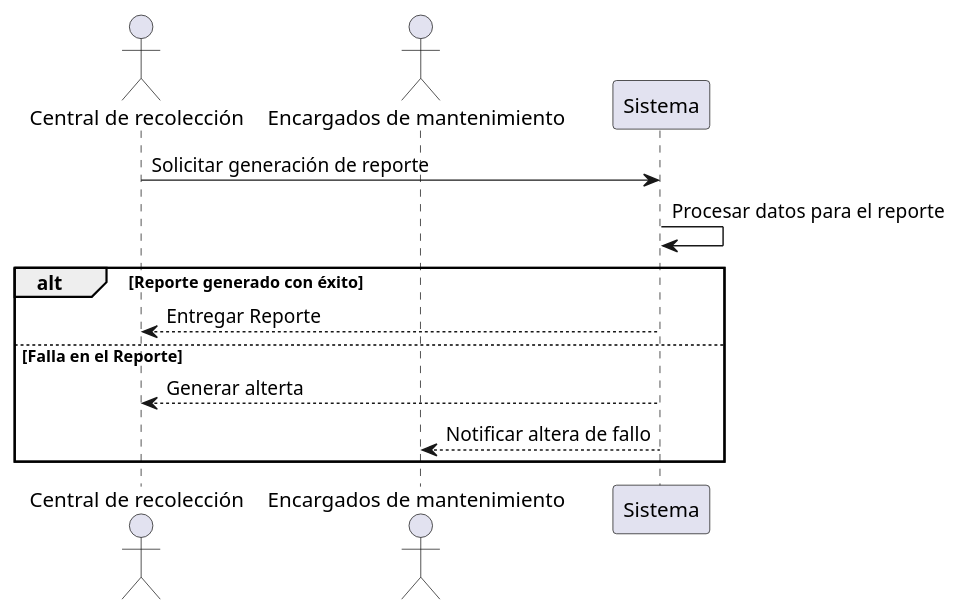
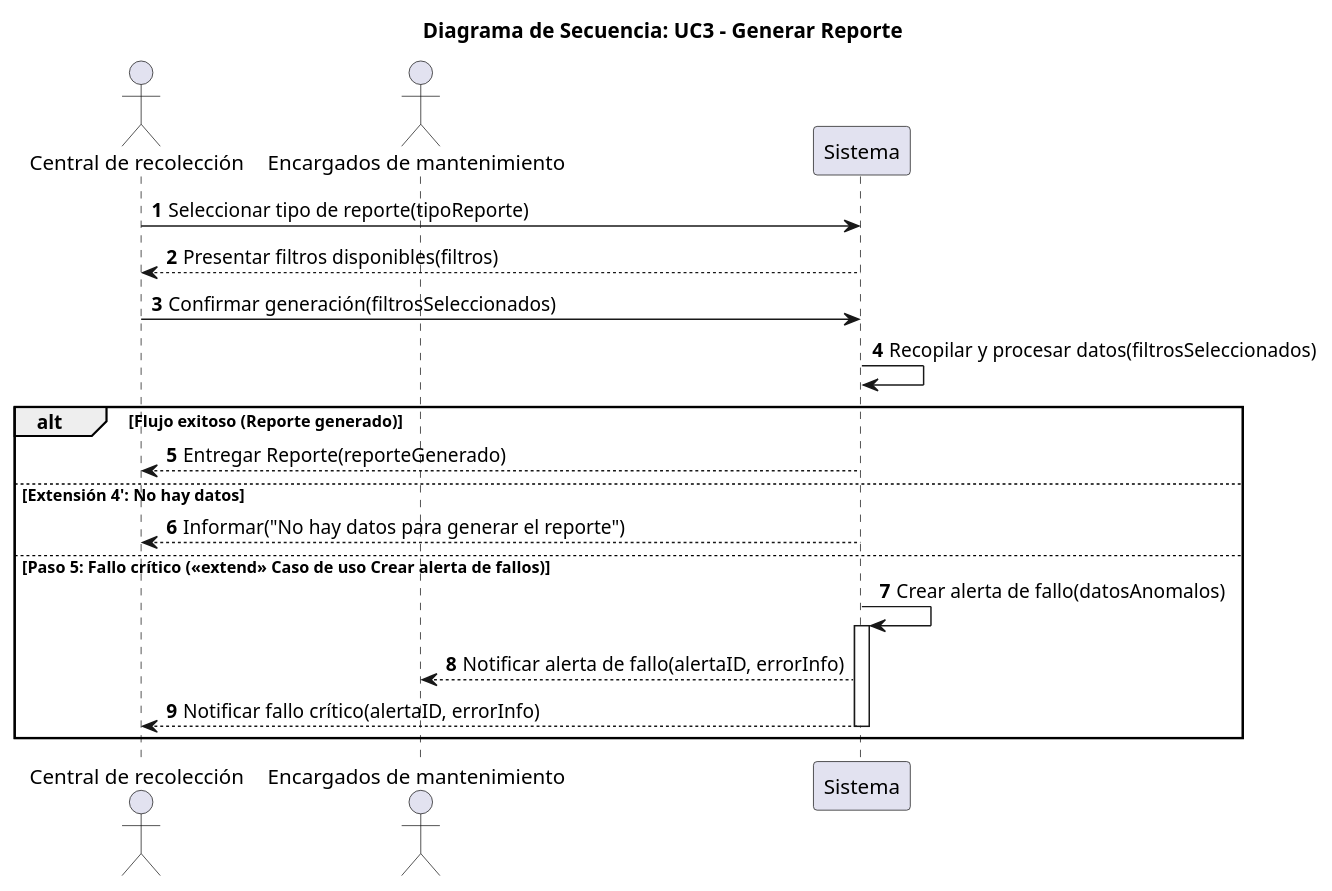
One commit to diss17/proyecto_is1 changed the diagram in 04_ayudantia/US3_Diagrama_Secuencia.puml. Above: the diagram before and after it, drawn with PlantUML. The commit also changed 13 other files, not shown here.

Commit message:
Mejoras de documentacion, casos de uso y diagrama de secuencias.

```diff
--- a/04_ayudantia/US3_Diagrama_Secuencia.puml
+++ b/04_ayudantia/US3_Diagrama_Secuencia.puml
@@ -1,16 +1,42 @@
 @startuml
+' --- Configuración ---
+autonumber
+title "Diagrama de Secuencia: UC3 - Generar Reporte"
 
+' --- Actores y Participantes ---
 actor "Central de recolección" as Central
 actor "Encargados de mantenimiento" as Mantenimiento
-
 participant "Sistema" as Sistema
 
-Central -> Sistema: Solicitar generación de reporte
-Sistema -> Sistema: Procesar datos para el reporte
-alt Reporte generado con éxito
-    Sistema --> Central: Entregar Reporte
-else Falla en el Reporte
-    Sistema --> Central: Generar alterta
-    Sistema --> Mantenimiento: Notificar altera de fallo
+' --- Flujo ---
+
+' 1. El usuario selecciona el tipo de reporte
+Central -> Sistema: Seleccionar tipo de reporte(tipoReporte)
+
+
+' 2. El sistema presenta los filtros
+Sistema --> Central: Presentar filtros disponibles(filtros)
+
+' 3. El usuario confirma la generación
+Central -> Sistema: Confirmar generación(filtrosSeleccionados)
+
+' 4. El sistema recopila los datos
+Sistema -> Sistema: Recopilar y procesar datos(filtrosSeleccionados)
+
+' Aquí se manejan los 3 posibles resultados del procesamiento
+alt Flujo exitoso (Reporte generado)
+    ' 4. ...y los presenta
+    Sistema --> Central: Entregar Reporte(reporteGenerado)
+else Extensión 4': No hay datos
+    ' 4'. No hay datos para generar el reporte
+    Sistema --> Central: Informar("No hay datos para generar el reporte")
+else Paso 5: Fallo crítico (<<extend>> Caso de uso Crear alerta de fallos)
+    ' 5. se ejecuta el caso "Crear alerta de fallos"
+    Sistema -> Sistema: Crear alerta de fallo(datosAnomalos)
+    activate Sistema
+    Sistema --> Mantenimiento: Notificar alerta de fallo(alertaID, errorInfo)
+    Sistema --> Central: Notificar fallo crítico(alertaID, errorInfo)
+    deactivate Sistema
 end
+
 @enduml
```
